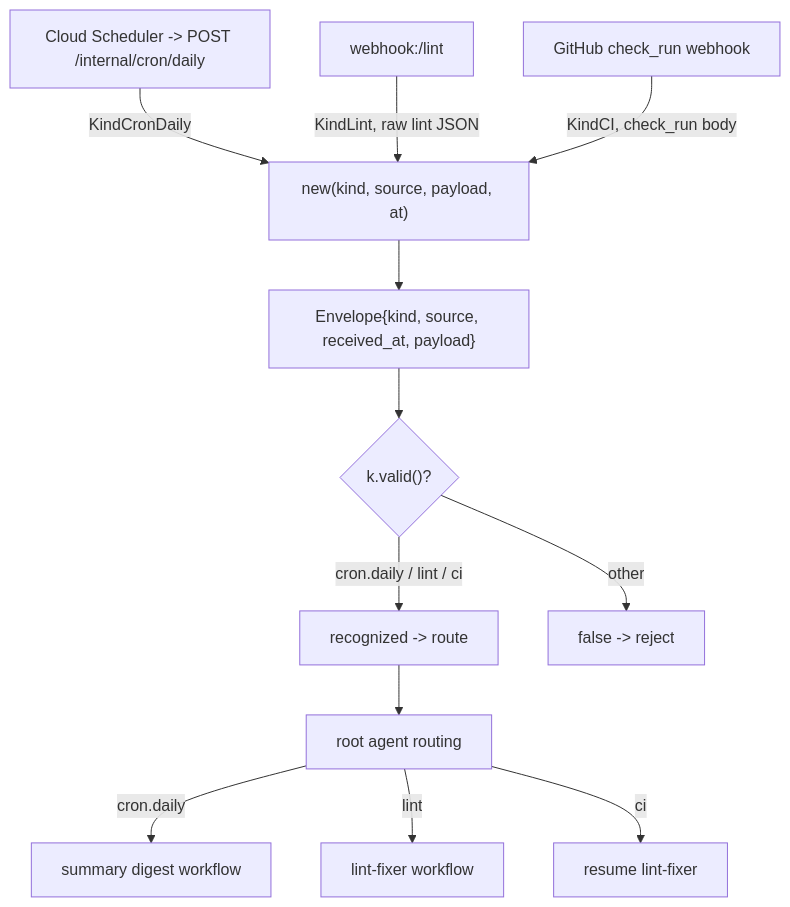
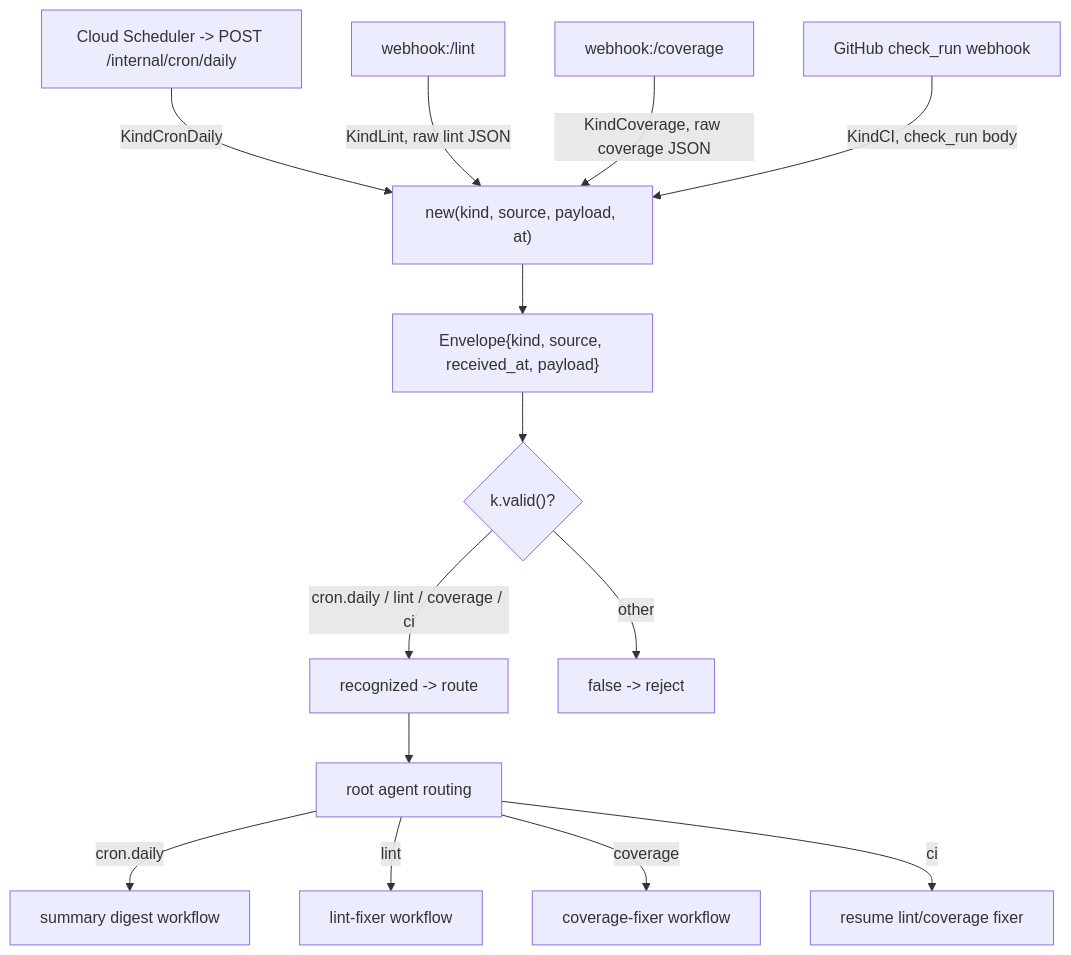
One commit to jkjamies/automation-agent changed the diagram in python/automation_agent/ingest/AGENTS.md. Above: the diagram before and after it, drawn with Mermaid. The commit also changed other lines of this file and 8 other files, not shown here.

First line of the commit message:
Address CodeRabbit review on PR #7: coverage docs, unreachable-digest warning, cmd lint

````diff
--- a/python/automation_agent/ingest/AGENTS.md
+++ b/python/automation_agent/ingest/AGENTS.md
@@ -9,14 +9,16 @@
 ```mermaid
 flowchart TD
     S1["Cloud Scheduler -> POST /internal/cron/daily"] -->|KindCronDaily| N
     W1["webhook:/lint"] -->|KindLint, raw lint JSON| N
-    W2[GitHub check_run webhook] -->|KindCI, check_run body| N
+    W2["webhook:/coverage"] -->|KindCoverage, raw coverage JSON| N
+    W3[GitHub check_run webhook] -->|KindCI, check_run body| N
     N["new(kind, source, payload, at)"] --> E["Envelope{kind, source, received_at, payload}"]
     E --> V{"k.valid()?"}
-    V -->|"cron.daily / lint / ci"| OK[recognized -> route]
+    V -->|"cron.daily / lint / coverage / ci"| OK[recognized -> route]
     V -->|other| BAD[false -> reject]
     OK --> R[root agent routing]
     R -->|cron.daily| D1[summary digest workflow]
     R -->|lint| D2[lint-fixer workflow]
-    R -->|ci| D3[resume lint-fixer]
+    R -->|coverage| D3[coverage-fixer workflow]
+    R -->|ci| D4[resume lint/coverage fixer]
 ```
````
